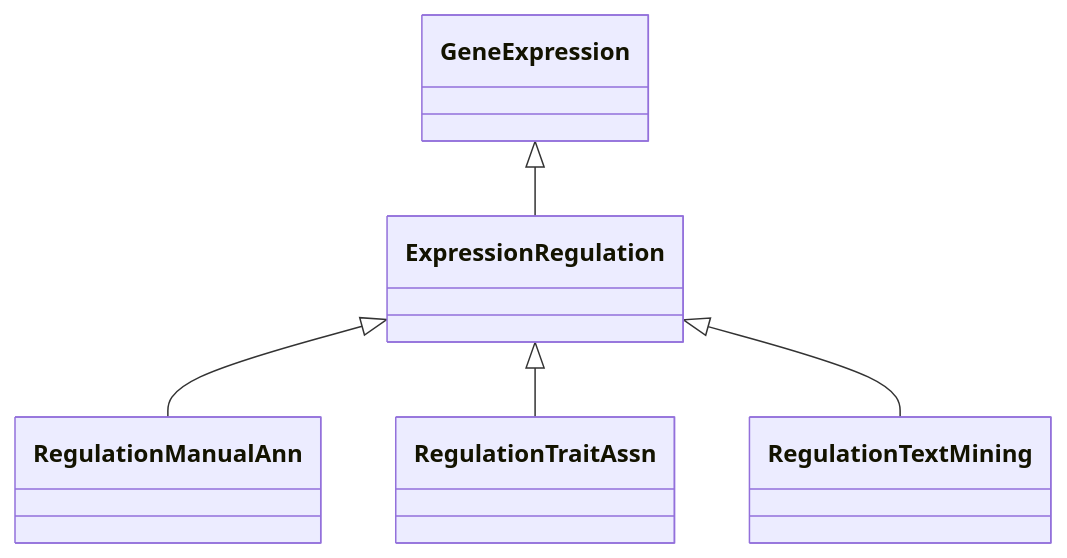
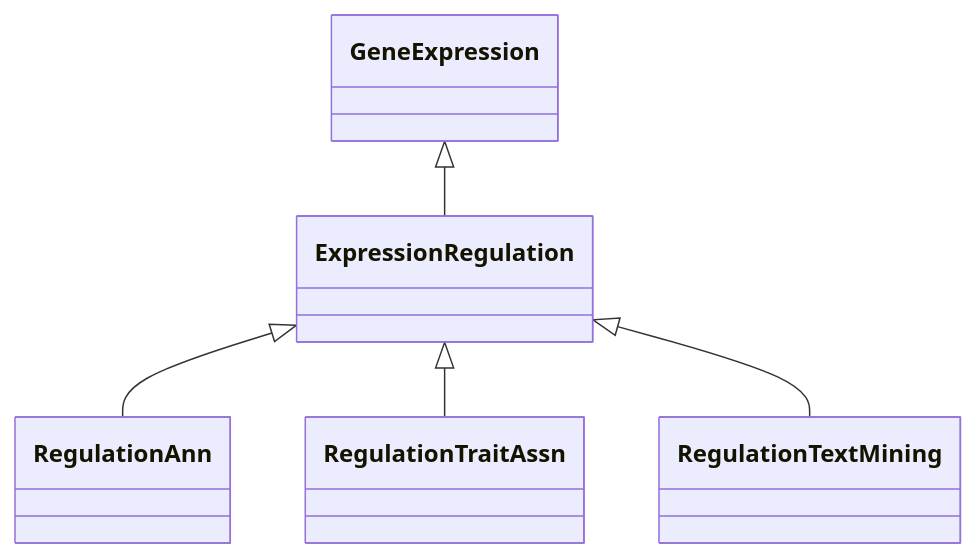
The diagram in semantic-motif-taxonomy/knet-motif-categories-doc/ExpressionRegulation.md (KnetMiner/knetminer-schemas), drawn with Mermaid before and after one commit. The commit also changed other lines of this file and 59 other files, not shown here.

````diff
--- a/semantic-motif-taxonomy/knet-motif-categories-doc/ExpressionRegulation.md
+++ b/semantic-motif-taxonomy/knet-motif-categories-doc/ExpressionRegulation.md
@@ -25,18 +25,18 @@
 ```mermaid
  classDiagram
     class ExpressionRegulation
     click ExpressionRegulation href "../ExpressionRegulation"
       GeneExpression <|-- ExpressionRegulation
         click GeneExpression href "../GeneExpression"
       
 
-      ExpressionRegulation <|-- RegulationManualAnn
-        click RegulationManualAnn href "../RegulationManualAnn"
+      ExpressionRegulation <|-- RegulationAnn
+        click RegulationAnn href "../RegulationAnn"
       ExpressionRegulation <|-- RegulationTraitAssn
         click RegulationTraitAssn href "../RegulationTraitAssn"
       ExpressionRegulation <|-- RegulationTextMining
         click RegulationTextMining href "../RegulationTextMining"
       
       
       
 ```
````
